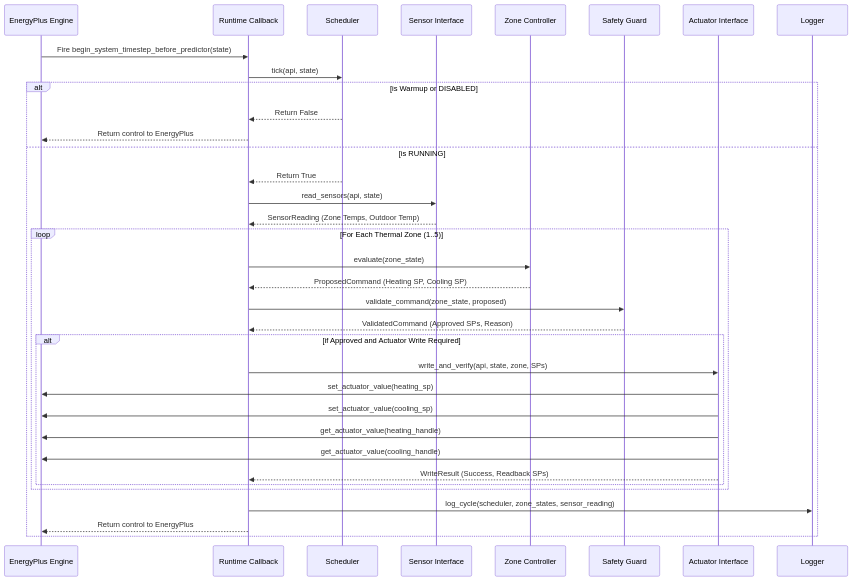
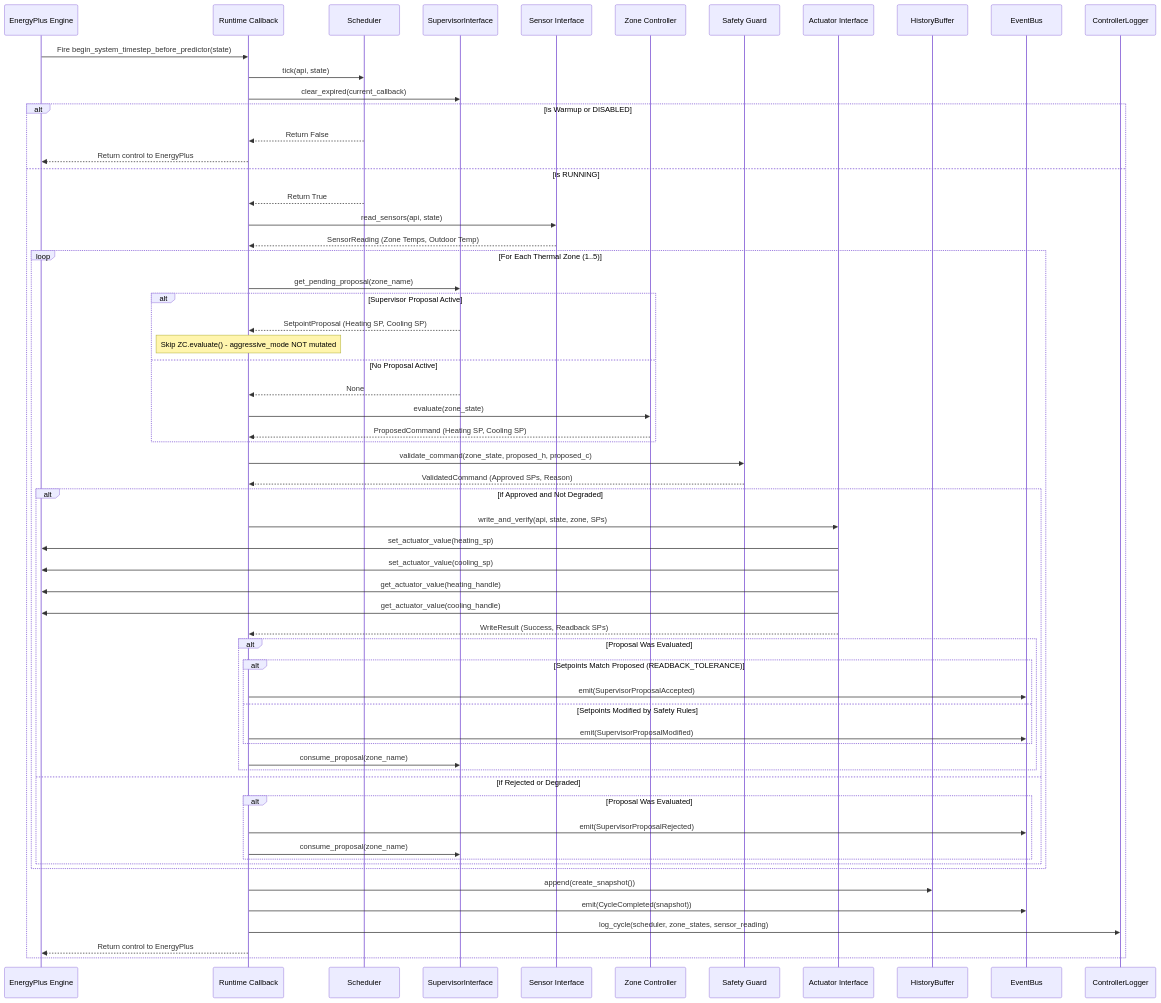
The second of 2 diagrams in docs/architecture.md (omni-ar/EcoAgent), drawn with Mermaid before and after one commit. The commit also changed other lines of this file and 22 other files, not shown here.

Commit message:
Completed Phase 3 supervisory layer with TTL lifecycle, EventBus observability and regression tests

````diff
--- a/docs/architecture.md
+++ b/docs/architecture.md
@@ -36,38 +52,70 @@
 ```mermaid
 sequenceDiagram
     participant EP as EnergyPlus Engine
     participant CB as Runtime Callback
     participant SCH as Scheduler
+    participant SI as SupervisorInterface
     participant SENS as Sensor Interface
-    participant CTRL as Zone Controller
+    participant ZC as Zone Controller
     participant SG as Safety Guard
     participant ACT as Actuator Interface
-    participant LOG as Logger
+    participant HB as HistoryBuffer
+    participant EB as EventBus
+    participant LOG as ControllerLogger
 
     EP->>CB: Fire begin_system_timestep_before_predictor(state)
     CB->>SCH: tick(api, state)
+    CB->>SI: clear_expired(current_callback)
+    
     alt is Warmup or DISABLED
         SCH-->>CB: Return False
         CB-->>EP: Return control to EnergyPlus
     else is RUNNING
         SCH-->>CB: Return True
         CB->>SENS: read_sensors(api, state)
         SENS-->>CB: SensorReading (Zone Temps, Outdoor Temp)
+        
         loop For Each Thermal Zone (1..5)
-            CB->>CTRL: evaluate(zone_state)
-            CTRL-->>CB: ProposedCommand (Heating SP, Cooling SP)
-            CB->>SG: validate_command(zone_state, proposed)
+            CB->>SI: get_pending_proposal(zone_name)
+            alt Supervisor Proposal Active
+                SI-->>CB: SetpointProposal (Heating SP, Cooling SP)
+                Note over CB: Skip ZC.evaluate() - aggressive_mode NOT mutated
+            else No Proposal Active
+                SI-->>CB: None
+                CB->>ZC: evaluate(zone_state)
+                ZC-->>CB: ProposedCommand (Heating SP, Cooling SP)
+            end
+            
+            CB->>SG: validate_command(zone_state, proposed_h, proposed_c)
             SG-->>CB: ValidatedCommand (Approved SPs, Reason)
-            alt if Approved and Actuator Write Required
+            
+            alt if Approved and Not Degraded
                 CB->>ACT: write_and_verify(api, state, zone, SPs)
                 ACT->>EP: set_actuator_value(heating_sp)
                 ACT->>EP: set_actuator_value(cooling_sp)
                 ACT->>EP: get_actuator_value(heating_handle)
                 ACT->>EP: get_actuator_value(cooling_handle)
                 ACT-->>CB: WriteResult (Success, Readback SPs)
+                
+                alt Proposal Was Evaluated
+                    alt Setpoints Match Proposed (READBACK_TOLERANCE)
+                        CB->>EB: emit(SupervisorProposalAccepted)
+                    else Setpoints Modified by Safety Rules
+                        CB->>EB: emit(SupervisorProposalModified)
+                    end
+                    CB->>SI: consume_proposal(zone_name)
+                end
+            else if Rejected or Degraded
+                alt Proposal Was Evaluated
+                    CB->>EB: emit(SupervisorProposalRejected)
+                    CB->>SI: consume_proposal(zone_name)
+                end
             end
         end
+        
+        CB->>HB: append(create_snapshot())
+        CB->>EB: emit(CycleCompleted(snapshot))
         CB->>LOG: log_cycle(scheduler, zone_states, sensor_reading)
         CB-->>EP: Return control to EnergyPlus
     end
 ```
````
